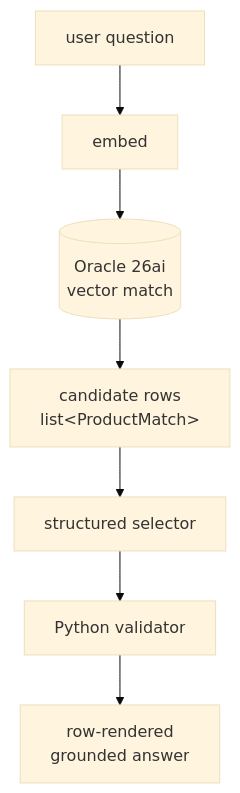
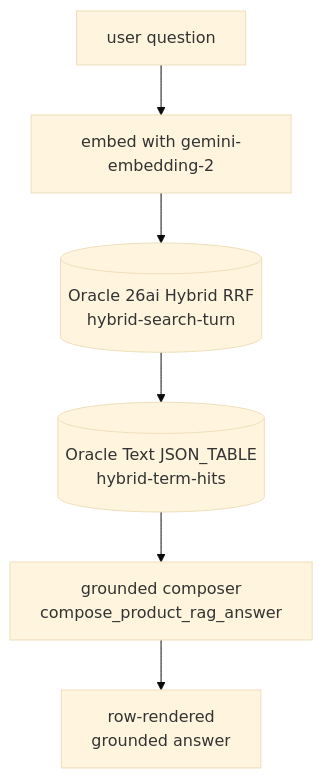
One commit to cofin/oracledb-vertexai-demo changed the diagram in docs/concepts/rag.md. Above: the diagram before and after it, drawn with Mermaid (base theme). The commit also changed other lines of this file and 37 other files, not shown here.

````diff
--- a/docs/concepts/rag.md
+++ b/docs/concepts/rag.md
@@ -9,9 +11,8 @@
 ```{mermaid}
 flowchart TD
-    Q[user question] --> E[embed]
-    E --> R[(Oracle 26ai<br/>vector match)]
-    R --> G[candidate rows<br/>list&lt;ProductMatch&gt;]
-    G --> S[structured selector]
-    S --> V[Python validator]
-    V --> A[row-rendered<br/>grounded answer]
+    Q[user question] --> E[embed with gemini-embedding-2]
+    E --> R[(Oracle 26ai Hybrid RRF<br/>hybrid-search-turn)]
+    R --> T[(Oracle Text JSON_TABLE<br/>hybrid-term-hits)]
+    T --> G[grounded composer<br/>compose_product_rag_answer]
+    G --> A[row-rendered<br/>grounded answer]
 ```
````
